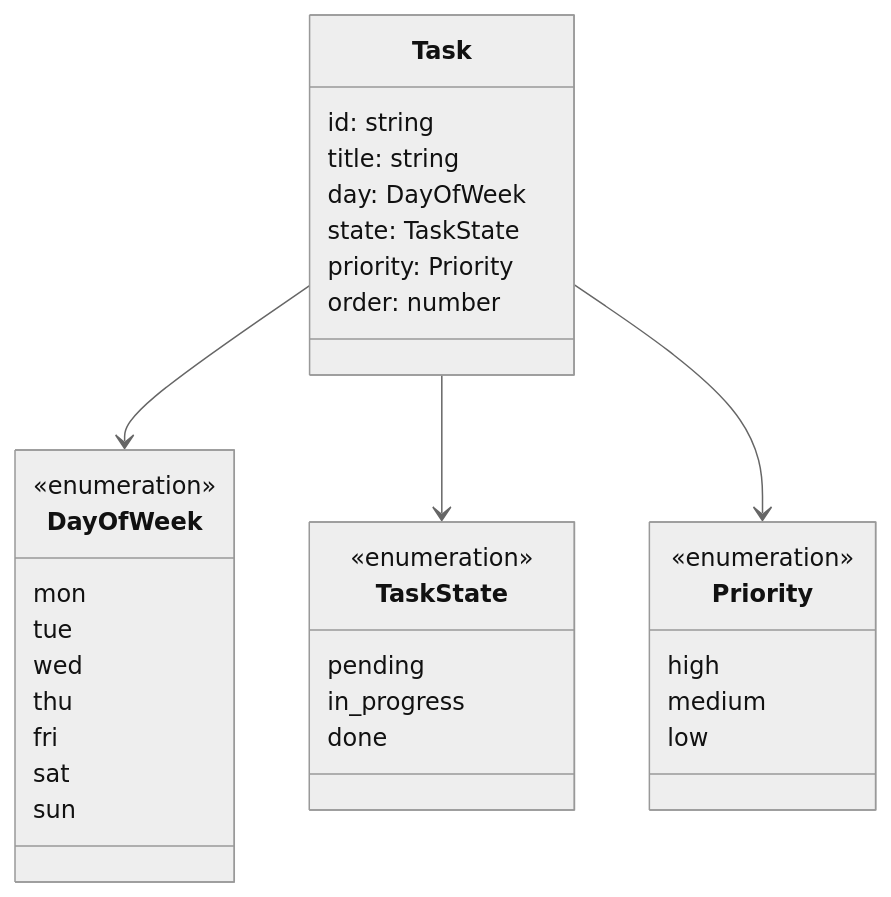
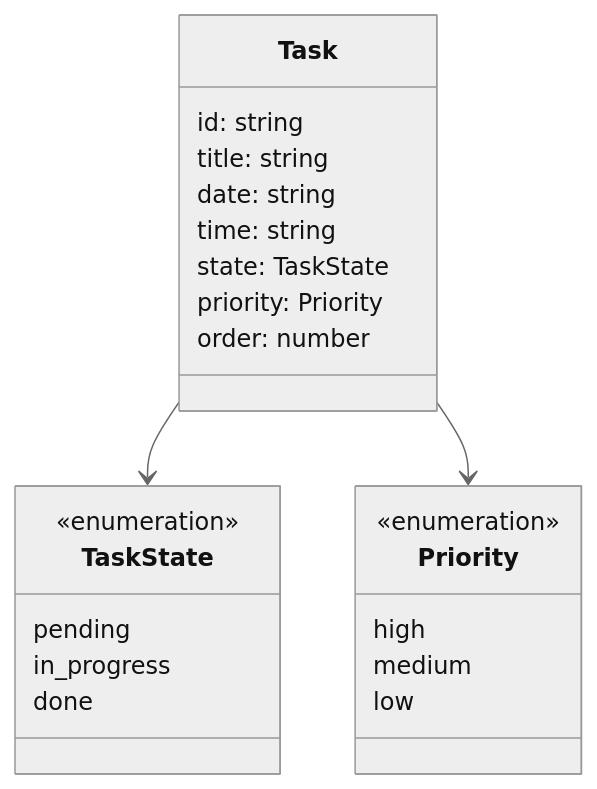
One commit to b3bel23/taskflow changed the third of 3 diagrams in _bmad-output/planning-artifacts/architecture/architecture-teste bmad-2026-09-10/ARCHITECTURE-SPINE.md. Above: the diagram before and after it, drawn with Mermaid (neutral theme). The commit also changed other lines of this file and 7 other files, not shown here.

First line of the commit message:
docs(taskflow): plan pivot to dynamic week, time ordering, visual priority

````diff
--- a/_bmad-output/planning-artifacts/architecture/architecture-teste bmad-2026-09-10/ARCHITECTURE-SPINE.md
+++ b/_bmad-output/planning-artifacts/architecture/architecture-teste bmad-2026-09-10/ARCHITECTURE-SPINE.md
@@ -169,36 +189,26 @@
 ```mermaid
 classDiagram
   class Task {
     id: string
     title: string
-    day: DayOfWeek
+    date: string
+    time: string
     state: TaskState
     priority: Priority
     order: number
-  }
-  class DayOfWeek {
-    <<enumeration>>
-    mon
-    tue
-    wed
-    thu
-    fri
-    sat
-    sun
   }
   class TaskState {
     <<enumeration>>
     pending
     in_progress
     done
   }
   class Priority {
     <<enumeration>>
     high
     medium
     low
   }
-  Task --> DayOfWeek
   Task --> TaskState
   Task --> Priority
 ```
````
